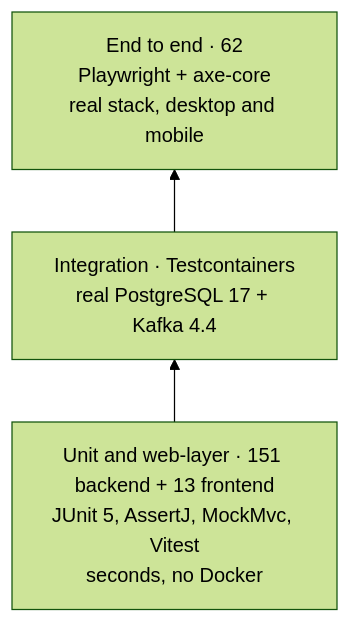
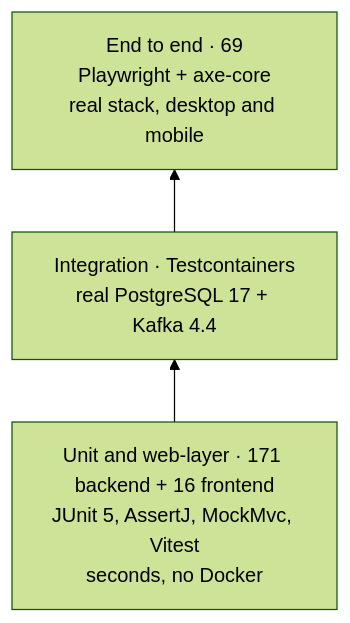
The diagram in docs/features/testing.md (heikaliskandar/chubb-claims-platform), drawn with Mermaid (forest theme) before and after one commit. The commit also changed other lines of this file and 66 other files, not shown here.

````diff
--- a/docs/features/testing.md
+++ b/docs/features/testing.md
@@ -5,7 +5,7 @@
 ```mermaid
 flowchart BT
-    U["Unit and web-layer · 151 backend + 13 frontend<br/>JUnit 5, AssertJ, MockMvc, Vitest<br/>seconds, no Docker"]
+    U["Unit and web-layer · 171 backend + 16 frontend<br/>JUnit 5, AssertJ, MockMvc, Vitest<br/>seconds, no Docker"]
     I["Integration · Testcontainers<br/>real PostgreSQL 17 + Kafka 4.4"]
-    E["End to end · 62<br/>Playwright + axe-core<br/>real stack, desktop and mobile"]
+    E["End to end · 69<br/>Playwright + axe-core<br/>real stack, desktop and mobile"]
     U --> I --> E
 ```
````
